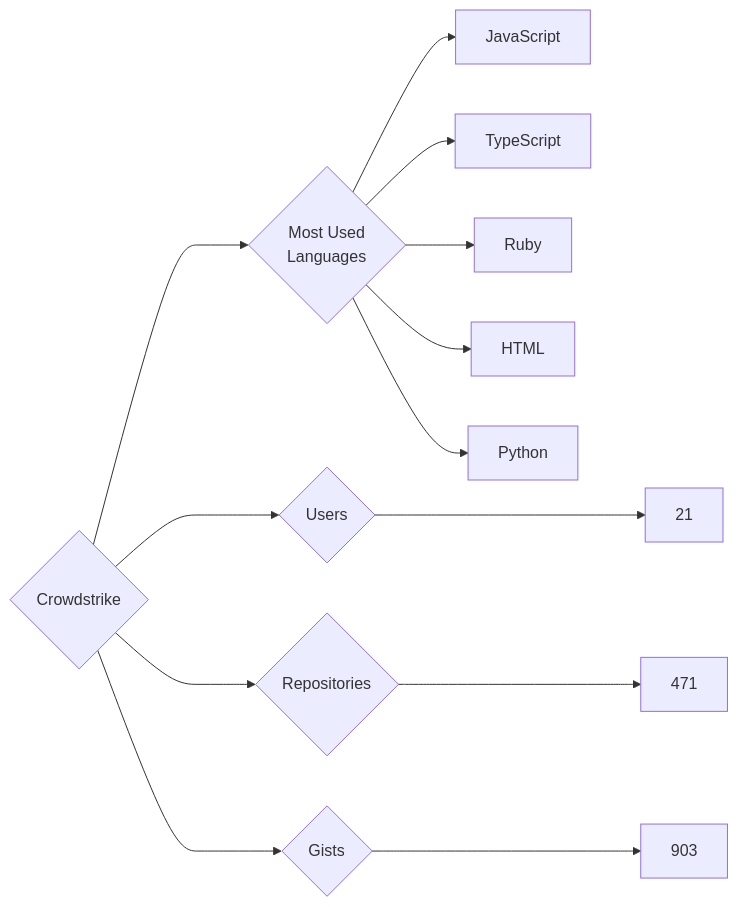
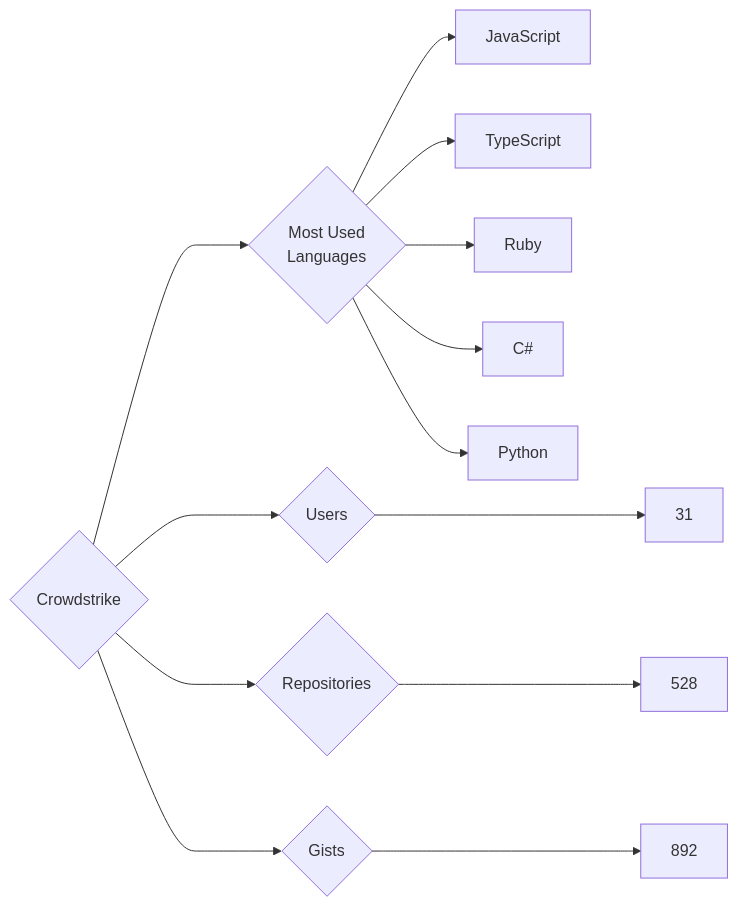
One commit to trickest/insiders changed the diagram in targets/Crowdstrike/README.md. Above: the diagram before and after it, drawn with Mermaid. The commit also changed 912 other files, not shown here.

````diff
--- a/targets/Crowdstrike/README.md
+++ b/targets/Crowdstrike/README.md
@@ -3,13 +3,13 @@
 ```mermaid
 graph LR
 COMPANY_NAME{Crowdstrike}
-COMPANY_NAME ---> U{Users} ---> UN[21]
-COMPANY_NAME ---> R{Repositories} ---> RN[471]
-COMPANY_NAME ---> G{Gists} ---> GN[903]
+COMPANY_NAME ---> U{Users} ---> UN[31]
+COMPANY_NAME ---> R{Repositories} ---> RN[528]
+COMPANY_NAME ---> G{Gists} ---> GN[892]
 COMPANY_NAME ---> ML{Most Used<br>Languages}
 ML --> JavaScript[JavaScript]
 ML --> TypeScript[TypeScript]
 ML --> Ruby[Ruby]
-ML --> HTML[HTML]
+ML --> C#[C#]
 ML --> Python[Python]
 ```
````
